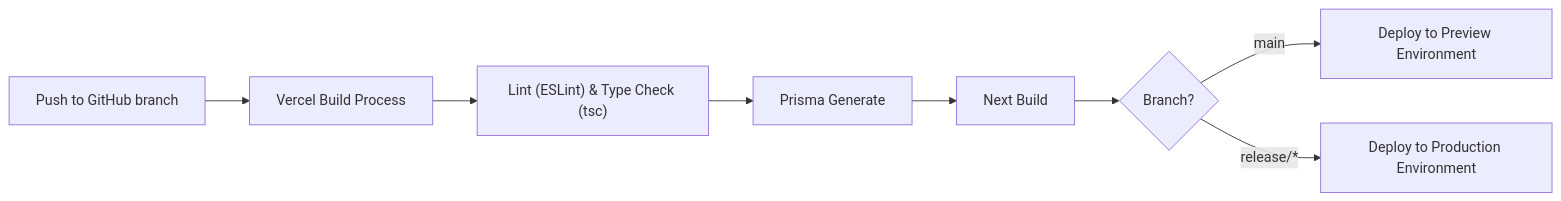
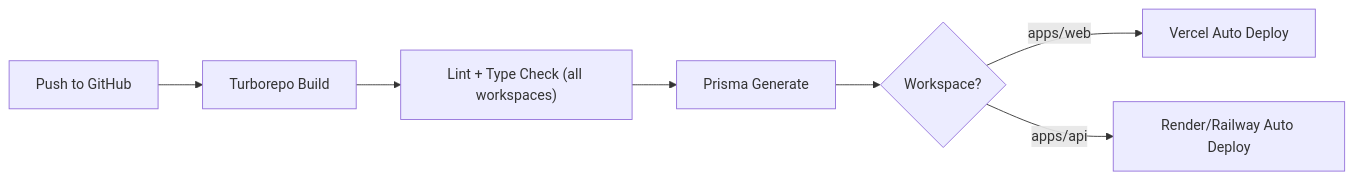
Before and after one commit to alchemista27/sim-alfida: the ninth of 9 diagrams in docs/TDD.md, drawn with Mermaid. The commit also changed other lines of this file and 498 other files, not shown here.

````diff
--- a/docs/TDD.md
+++ b/docs/TDD.md
@@ -1330,10 +1311,9 @@
 ```mermaid
 flowchart LR
-    A["Push to GitHub branch"] --> B["Vercel Build Process"]
-    B --> C["Lint (ESLint) & Type Check (tsc)"]
+    A["Push to GitHub"] --> B["Turborepo Build"]
+    B --> C["Lint + Type Check (all workspaces)"]
     C --> D["Prisma Generate"]
-    D --> E["Next Build"]
-    E --> F{"Branch?"}
-    F -- main --> G["Deploy to Preview Environment"]
-    F -- release/* --> H["Deploy to Production Environment"]
+    D --> E{"Workspace?"}
+    E -- apps/web --> F["Vercel Auto Deploy"]
+    E -- apps/api --> G["Render/Railway Auto Deploy"]
 ```
````
